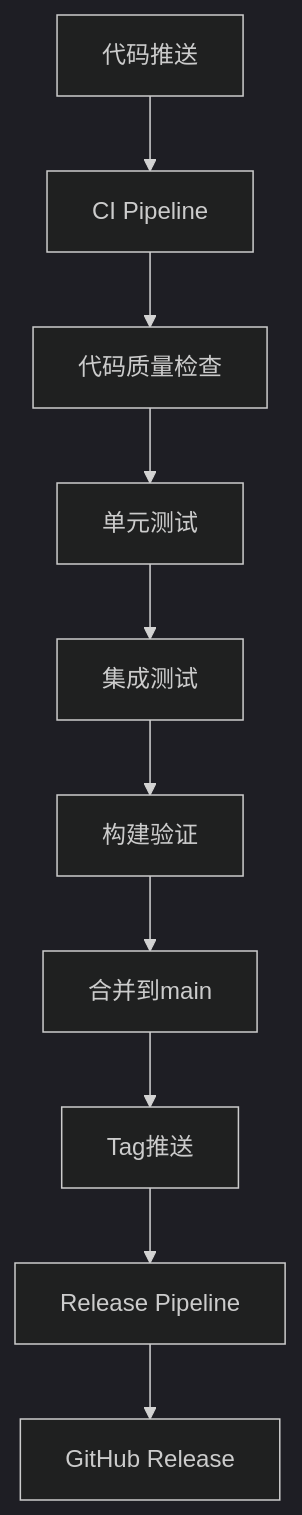
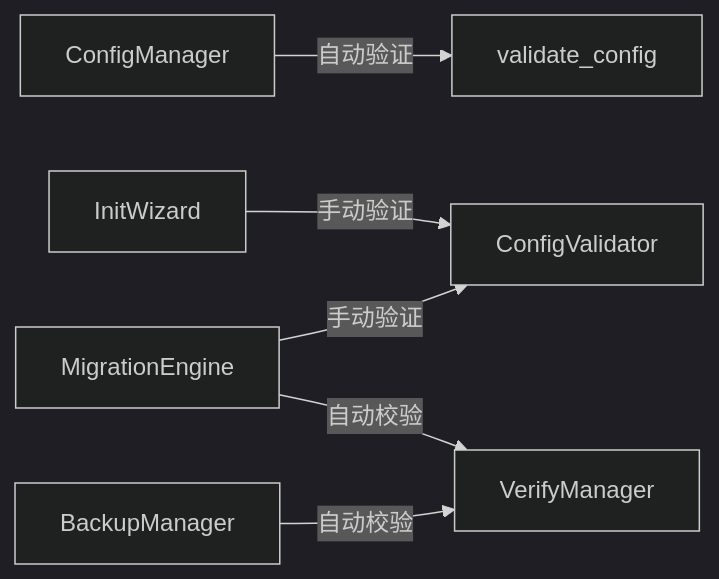
The third of 5 diagrams in docs/architecture/架构设计说明书.md (yecllsl/nanobot-runner), drawn with Mermaid (dark theme) before and after one commit. The commit also changed other lines of this file and 44 other files, not shown here.

````diff
--- a/docs/architecture/架构设计说明书.md
+++ b/docs/architecture/架构设计说明书.md
@@ -490,12 +435,8 @@
 ```mermaid
-graph TB
-    A[代码推送] --> B[CI Pipeline]
-    B --> D[代码质量检查]
-    D --> E[单元测试]
-    E --> F[集成测试]
-    F --> G[构建验证]
-    G --> L[合并到main]
-    L --> H[Tag推送]
-    H --> I[Release Pipeline]
-    I --> J[GitHub Release]
+graph LR
+    A[ConfigManager] -->|自动验证| B[validate_config]
+    C[InitWizard] -->|手动验证| D[ConfigValidator]
+    E[MigrationEngine] -->|手动验证| D
+    E -->|自动校验| F[VerifyManager]
+    G[BackupManager] -->|自动校验| F
 ```
````
